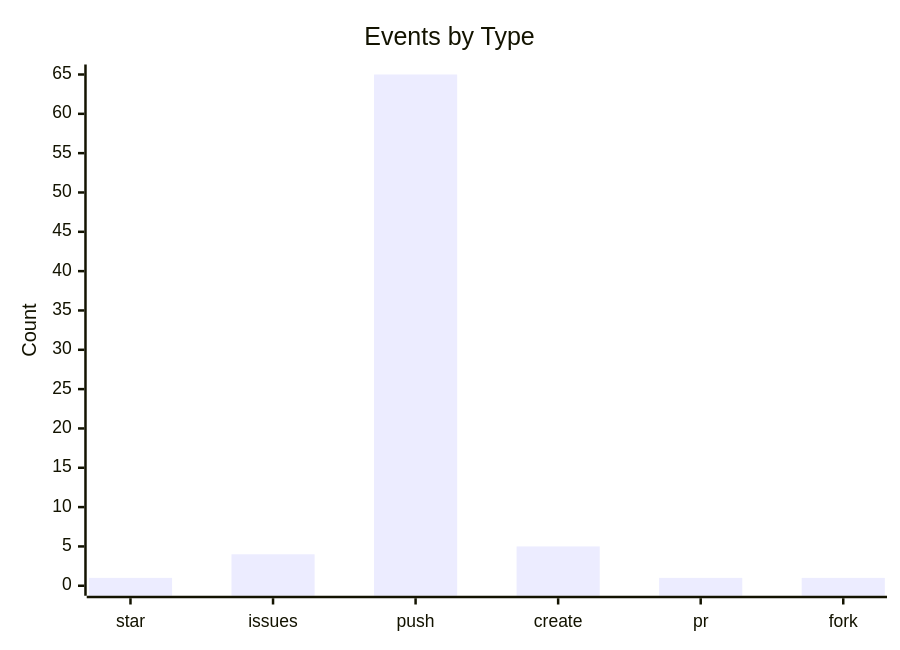
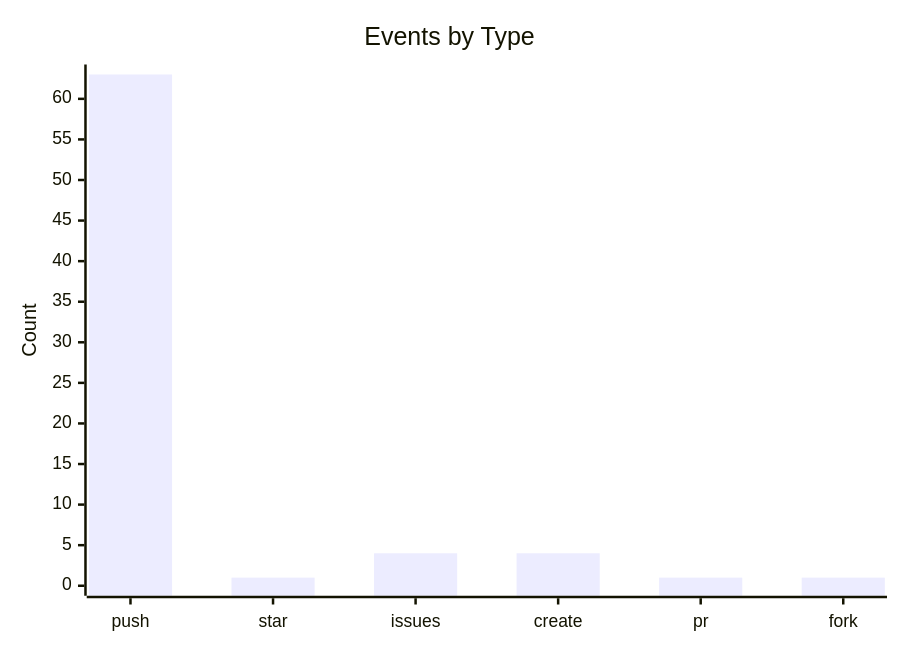
One commit to lunarshe11/lunarshe11 changed the third of 3 diagrams in README.md. Above: the diagram before and after it, drawn with Mermaid. The commit also changed other lines of this file, not shown here.

````diff
--- a/README.md
+++ b/README.md
@@ -39,7 +39,7 @@
 ```mermaid
 xychart-beta
     title "Events by Type"
-    x-axis ["star", "issues", "push", "create", "pr", "fork"]
-    y-axis "Count" 0 --> 65
-    bar [1, 4, 65, 5, 1, 1]
+    x-axis ["push", "star", "issues", "create", "pr", "fork"]
+    y-axis "Count" 0 --> 63
+    bar [63, 1, 4, 4, 1, 1]
 ```
````
